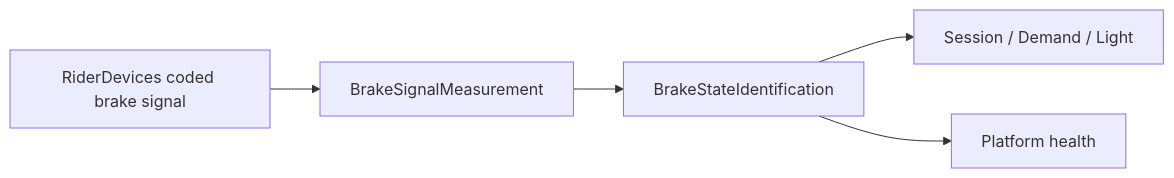
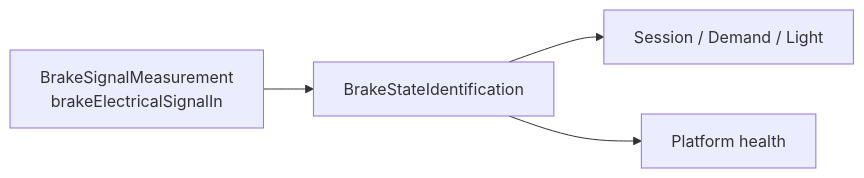
One commit to dhellhake/X2CityMCU changed the diagram in .devenv/Architecture/SystemArchitecture/Modelling/MechanicalBrakeDetection/README.md. Above: the diagram before and after it, drawn with Mermaid. The commit also changed other lines of this file and 40 other files, not shown here.

````diff
--- a/.devenv/Architecture/SystemArchitecture/Modelling/MechanicalBrakeDetection/README.md
+++ b/.devenv/Architecture/SystemArchitecture/Modelling/MechanicalBrakeDetection/README.md
@@ -11,7 +11,7 @@
 ```mermaid
 flowchart LR
-    R[RiderDevices coded brake signal] --> HW[BrakeSignalMeasurement]
+    HW[BrakeSignalMeasurement<br/>brakeElectricalSignalIn]
     HW --> SW[BrakeStateIdentification]
     SW --> C[Session / Demand / Light]
     SW --> H[Platform health]
 ```
````
